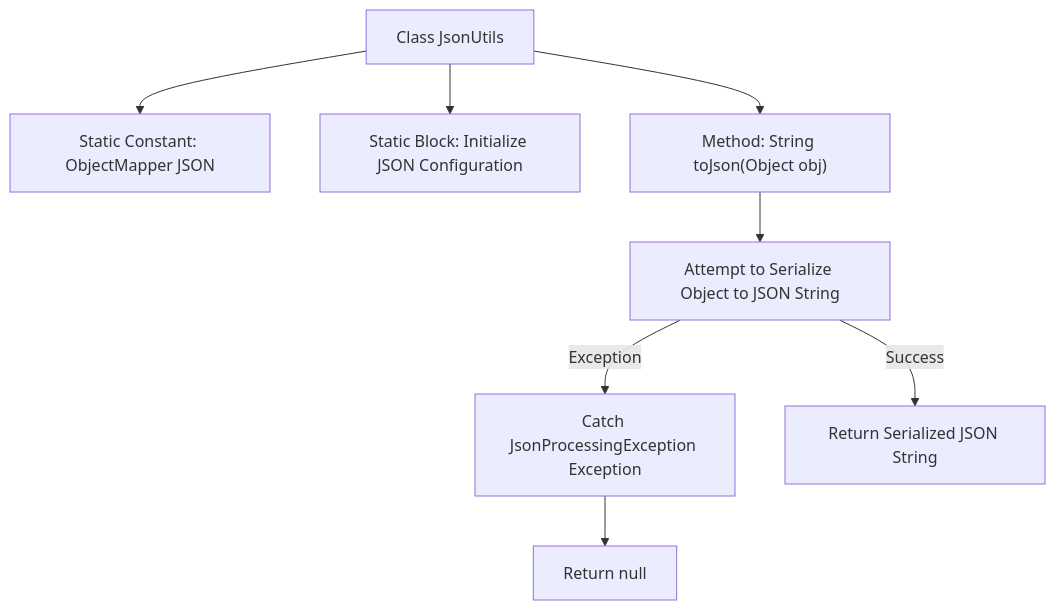
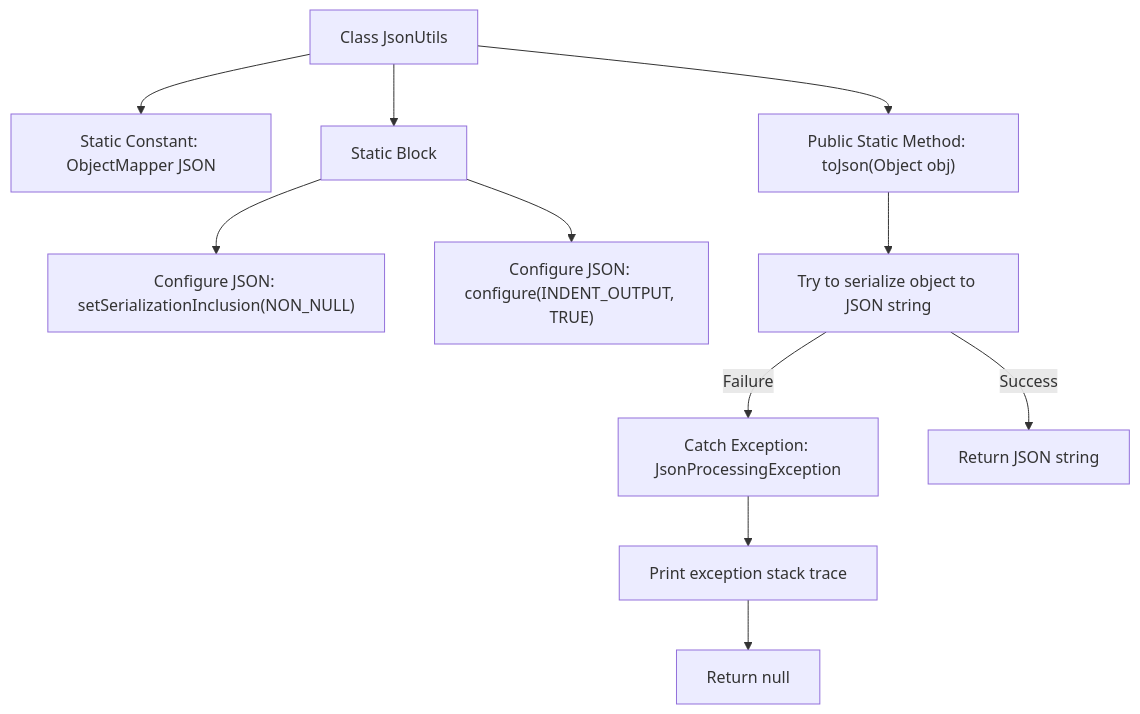
One commit to v-wjrong/binary_weixin-java-miniapp-demo changed the second of 2 diagrams in docs/en/docs/src/main/java/com/github/binarywang/demo/wx/miniapp/utils/JsonUtils.md. Above: the diagram before and after it, drawn with Mermaid. The commit also changed other lines of this file and 47 other files, not shown here.

````diff
--- a/docs/en/docs/src/main/java/com/github/binarywang/demo/wx/miniapp/utils/JsonUtils.md
+++ b/docs/en/docs/src/main/java/com/github/binarywang/demo/wx/miniapp/utils/JsonUtils.md
@@ -73,18 +73,24 @@
 ```mermaid
 graph TD
     A["Class JsonUtils"]
     B["Static Constant: ObjectMapper JSON"]
-    C["Static Block: Initialize JSON Configuration"]
-    D["Method: String toJson(Object obj)"]
-    E["Attempt to Serialize Object to JSON String"]
-    F["Catch JsonProcessingException Exception"]
-    G["Return null"]
+    C["Static Block"]
+    D["Configure JSON: setSerializationInclusion(NON_NULL)"]
+    E["Configure JSON: configure(INDENT_OUTPUT, TRUE)"]
+    F["Public Static Method: toJson(Object obj)"]
+    G["Try to serialize object to JSON string"]
+    H["Catch Exception: JsonProcessingException"]
+    I["Print exception stack trace"]
+    J["Return null"]
 
     A --> B
     A --> C
-    A --> D
-    D --> E
-    E -- Success --> H["Return Serialized JSON String"]
-    E -- Exception --> F
+    C --> D
+    C --> E
+    A --> F
     F --> G
+    G --"Success"--> K["Return JSON string"]
+    G --"Failure"--> H
+    H --> I
+    I --> J
 ```
````
